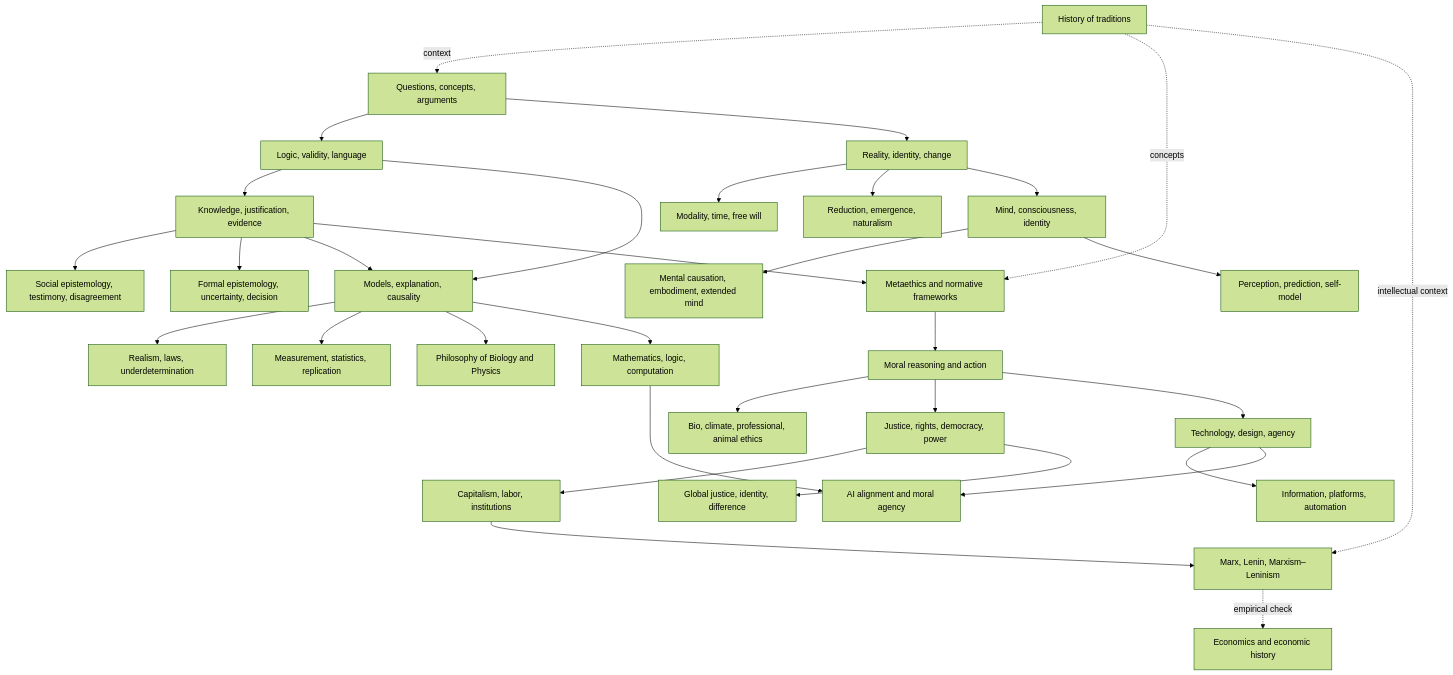
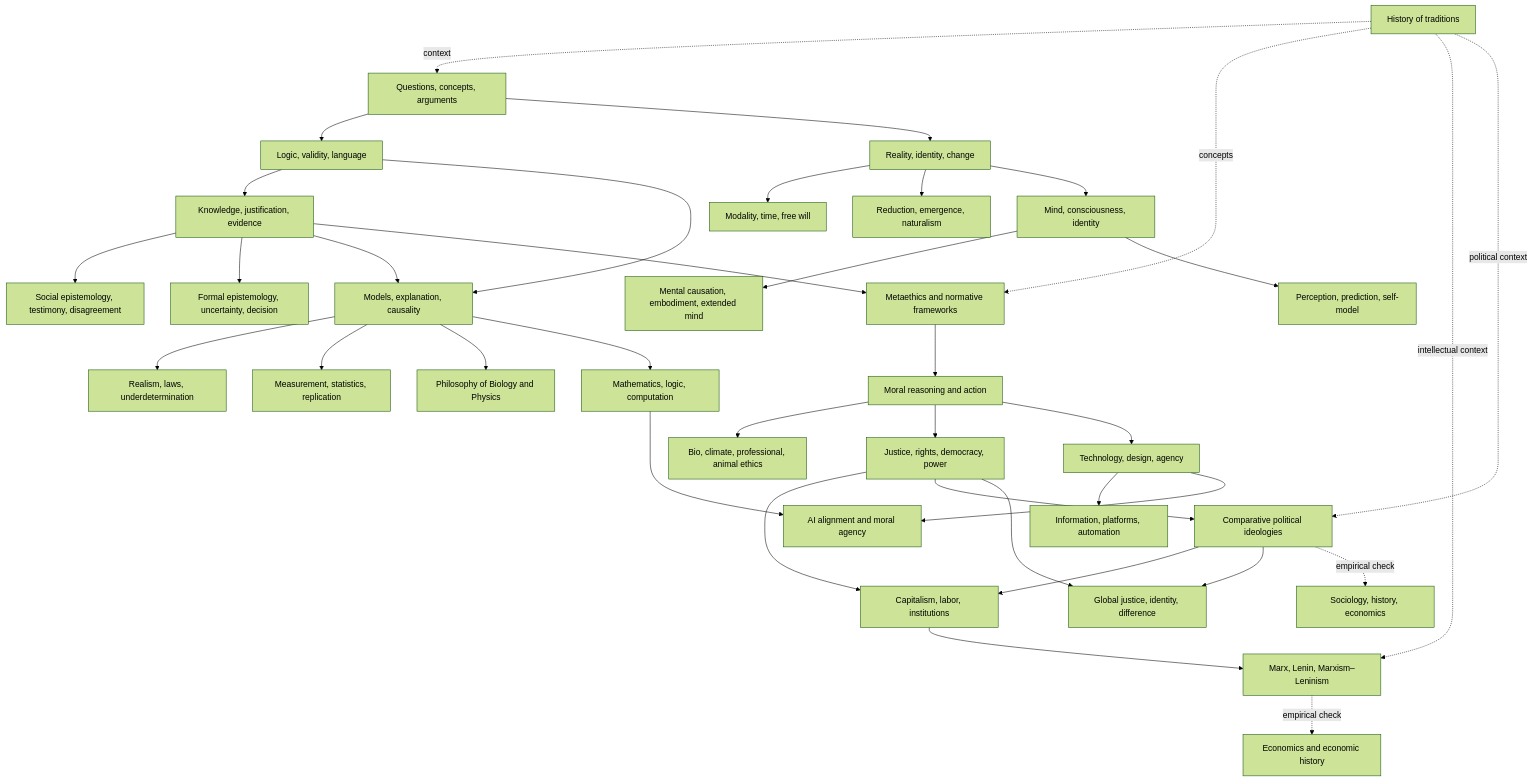
Before and after one commit to hunggtham/learning-docs: the diagram in philosophy/CONCEPTUAL_DEPENDENCIES.md, drawn with Mermaid (forest theme). The commit also changed other lines of this file, not shown here.

Commit message:
docs(philosophy): connect political ideologies dependency route

````diff
--- a/philosophy/CONCEPTUAL_DEPENDENCIES.md
+++ b/philosophy/CONCEPTUAL_DEPENDENCIES.md
@@ -5,35 +5,40 @@
 ```mermaid
 flowchart TD
     R[Questions, concepts, arguments]
     R --> L[Logic, validity, language]
     L --> E[Knowledge, justification, evidence]
     E --> SE[Social epistemology, testimony, disagreement]
     E --> F[Formal epistemology, uncertainty, decision]
     R --> M[Reality, identity, change]
     M --> MOD[Modality, time, free will]
     M --> RED[Reduction, emergence, naturalism]
     L --> S[Models, explanation, causality]
     E --> S
     S --> SR[Realism, laws, underdetermination]
     S --> MS[Measurement, statistics, replication]
     S --> PB[Philosophy of Biology and Physics]
     M --> Mind[Mind, consciousness, identity]
     Mind --> MC[Mental causation, embodiment, extended mind]
     Mind --> PS[Perception, prediction, self-model]
     E --> Meta[Metaethics and normative frameworks]
     Meta --> Ethics[Moral reasoning and action]
     Ethics --> Applied[Bio, climate, professional, animal ethics]
     Ethics --> Pol[Justice, rights, democracy, power]
     Pol --> EconPol[Capitalism, labor, institutions]
     EconPol --> ML[Marx, Lenin, Marxism–Leninism]
     ML -. empirical check .-> Econ[Economics and economic history]
-    Pol --> Global[Global justice, identity, difference]
+    Pol --> Ideo[Comparative political ideologies]
+    Ideo --> EconPol
+    Ideo --> Global[Global justice, identity, difference]
+    Ideo -. empirical check .-> Soc[Sociology, history, economics]
+    Pol --> Global
     Ethics --> Tech[Technology, design, agency]
     Tech --> Info[Information, platforms, automation]
     Tech --> AI[AI alignment and moral agency]
     S --> Math[Mathematics, logic, computation]
     Math --> AI
     History[History of traditions] -. context .-> R
     History -. concepts .-> Meta
     History -. intellectual context .-> ML
+    History -. political context .-> Ideo
 ```
````
